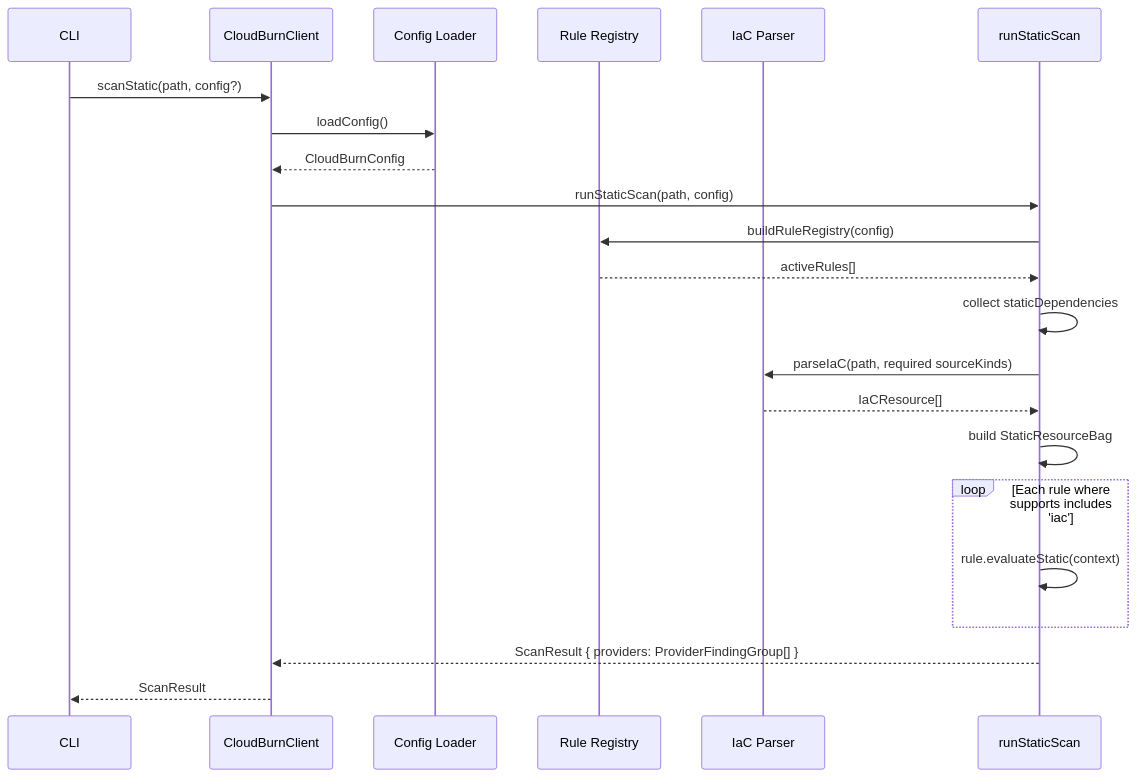
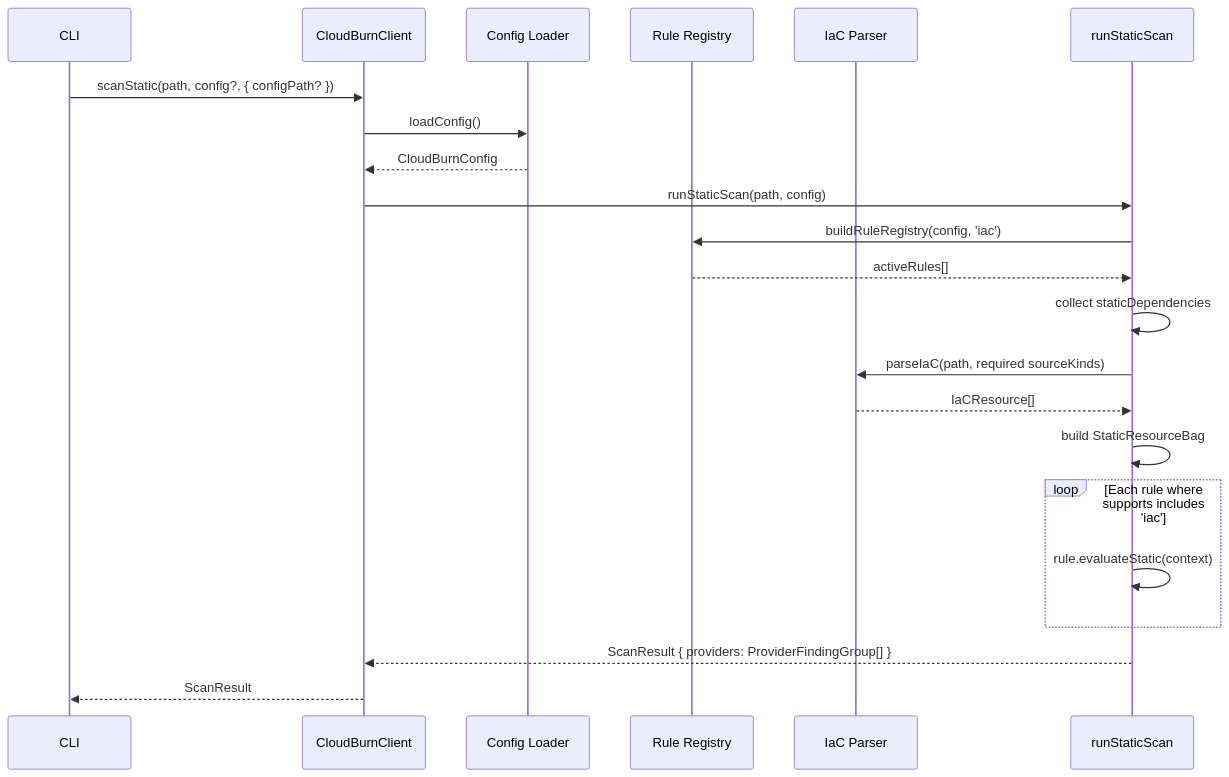
Before and after one commit to towardsthecloud/cloudburn: the second of 3 diagrams in docs/ARCHITECTURE.md, drawn with Mermaid. The commit also changed other lines of this file and 32 other files, not shown here.

````diff
--- a/docs/ARCHITECTURE.md
+++ b/docs/ARCHITECTURE.md
@@ -19,25 +19,25 @@
 ```mermaid
 sequenceDiagram
   participant CLI
   participant Scanner as CloudBurnClient
   participant Config as Config Loader
   participant Registry as Rule Registry
   participant Parser as IaC Parser
   participant Engine as runStaticScan
 
-  CLI->>Scanner: scanStatic(path, config?)
+  CLI->>Scanner: scanStatic(path, config?, { configPath? })
   Scanner->>Config: loadConfig()
   Config-->>Scanner: CloudBurnConfig
   Scanner->>Engine: runStaticScan(path, config)
-  Engine->>Registry: buildRuleRegistry(config)
+  Engine->>Registry: buildRuleRegistry(config, 'iac')
   Registry-->>Engine: activeRules[]
   Engine->>Engine: collect staticDependencies
   Engine->>Parser: parseIaC(path, required sourceKinds)
   Parser-->>Engine: IaCResource[]
   Engine->>Engine: build StaticResourceBag
   loop Each rule where supports includes 'iac'
     Engine->>Engine: rule.evaluateStatic(context)
   end
   Engine-->>Scanner: ScanResult { providers: ProviderFindingGroup[] }
   Scanner-->>CLI: ScanResult
 ```
````
